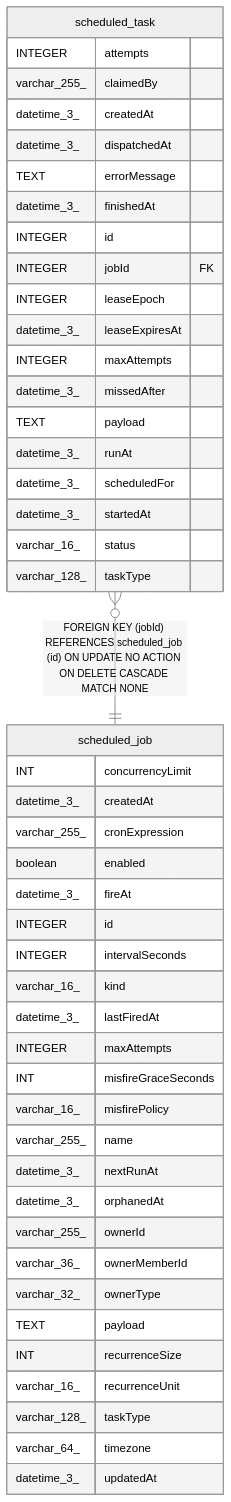
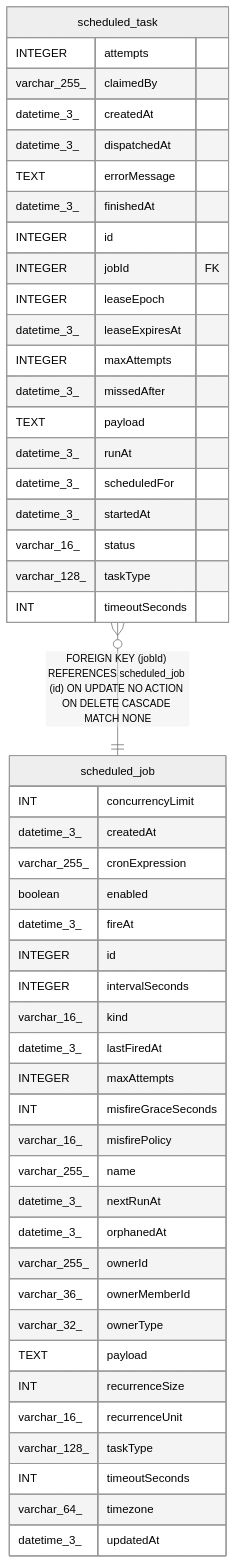
One commit to sreent/n8n changed the diagram in docs/generated/sqlite-schema/scheduled_task.md. Above: the diagram before and after it, drawn with Mermaid (neutral theme). The commit also changed other lines of this file and 7993 other files, not shown here.

````diff
--- a/docs/generated/sqlite-schema/scheduled_task.md
+++ b/docs/generated/sqlite-schema/scheduled_task.md
@@ -58,52 +60,54 @@
 ```mermaid
 erDiagram
 
 "scheduled_task" }o--|| "scheduled_job" : "FOREIGN KEY (jobId) REFERENCES scheduled_job (id) ON UPDATE NO ACTION ON DELETE CASCADE MATCH NONE"
 
 "scheduled_task" {
   INTEGER attempts
   varchar_255_ claimedBy
   datetime_3_ createdAt
   datetime_3_ dispatchedAt
   TEXT errorMessage
   datetime_3_ finishedAt
   INTEGER id
   INTEGER jobId FK
   INTEGER leaseEpoch
   datetime_3_ leaseExpiresAt
   INTEGER maxAttempts
   datetime_3_ missedAfter
   TEXT payload
   datetime_3_ runAt
   datetime_3_ scheduledFor
   datetime_3_ startedAt
   varchar_16_ status
   varchar_128_ taskType
+  INT timeoutSeconds
 }
 "scheduled_job" {
   INT concurrencyLimit
   datetime_3_ createdAt
   varchar_255_ cronExpression
   boolean enabled
   datetime_3_ fireAt
   INTEGER id
   INTEGER intervalSeconds
   varchar_16_ kind
   datetime_3_ lastFiredAt
   INTEGER maxAttempts
   INT misfireGraceSeconds
   varchar_16_ misfirePolicy
   varchar_255_ name
   datetime_3_ nextRunAt
   datetime_3_ orphanedAt
   varchar_255_ ownerId
   varchar_36_ ownerMemberId
   varchar_32_ ownerType
   TEXT payload
   INT recurrenceSize
   varchar_16_ recurrenceUnit
   varchar_128_ taskType
+  INT timeoutSeconds
   varchar_64_ timezone
   datetime_3_ updatedAt
 }
 ```
````
